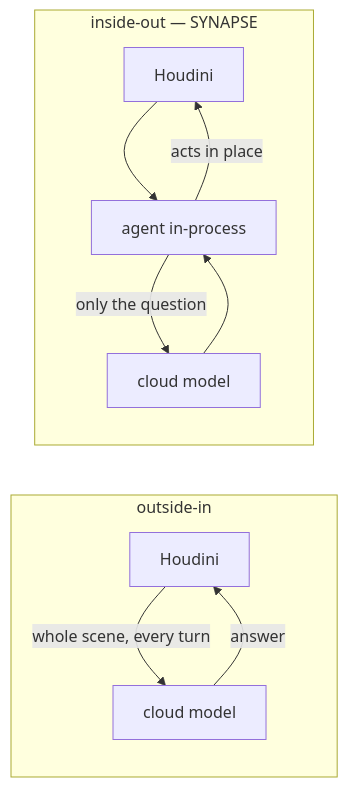
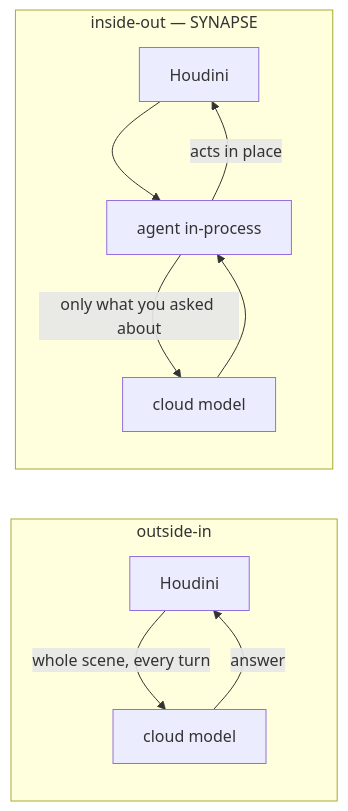
Before and after one commit to JosephOIbrahim/Synapse: the first of 3 diagrams in README.md, drawn with Mermaid. The commit also changed other lines of this file and 2 other files, not shown here.

````diff
--- a/README.md
+++ b/README.md
@@ -15,13 +15,13 @@
 ```mermaid
 flowchart LR
     subgraph OUT["outside-in"]
         H1[Houdini] -->|whole scene, every turn| C1[cloud model]
         C1 -->|answer| H1
     end
     subgraph IN["inside-out — SYNAPSE"]
         H2[Houdini] --> A[agent in-process]
-        A -->|only the question| C2[cloud model]
+        A -->|only what you asked about| C2[cloud model]
         C2 --> A
         A -->|acts in place| H2
     end
 ```
````
